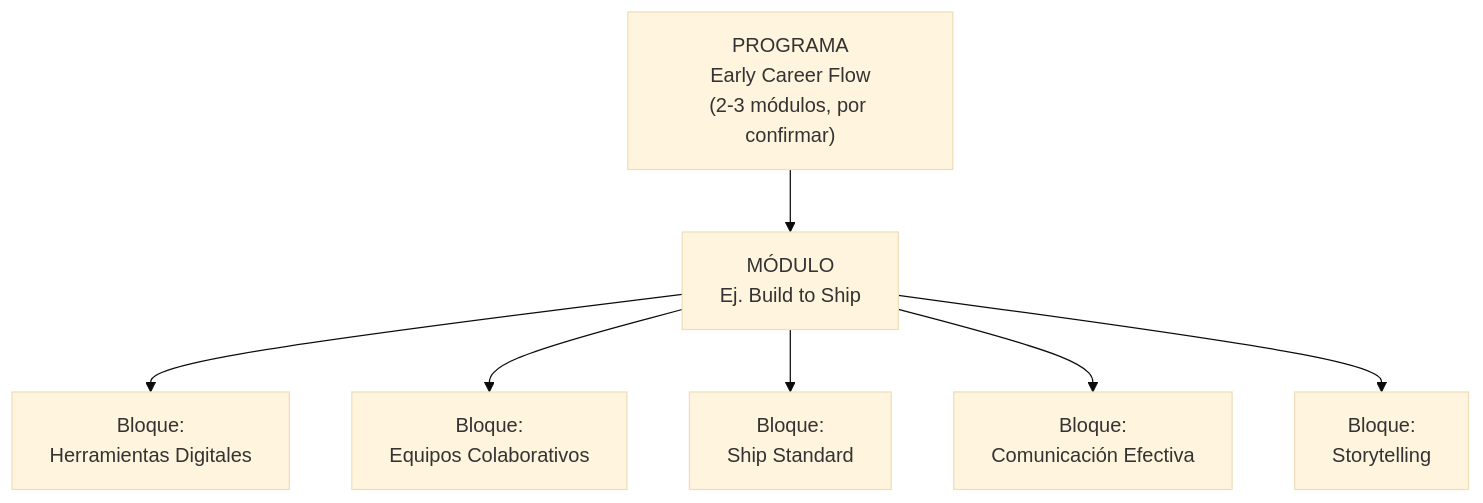
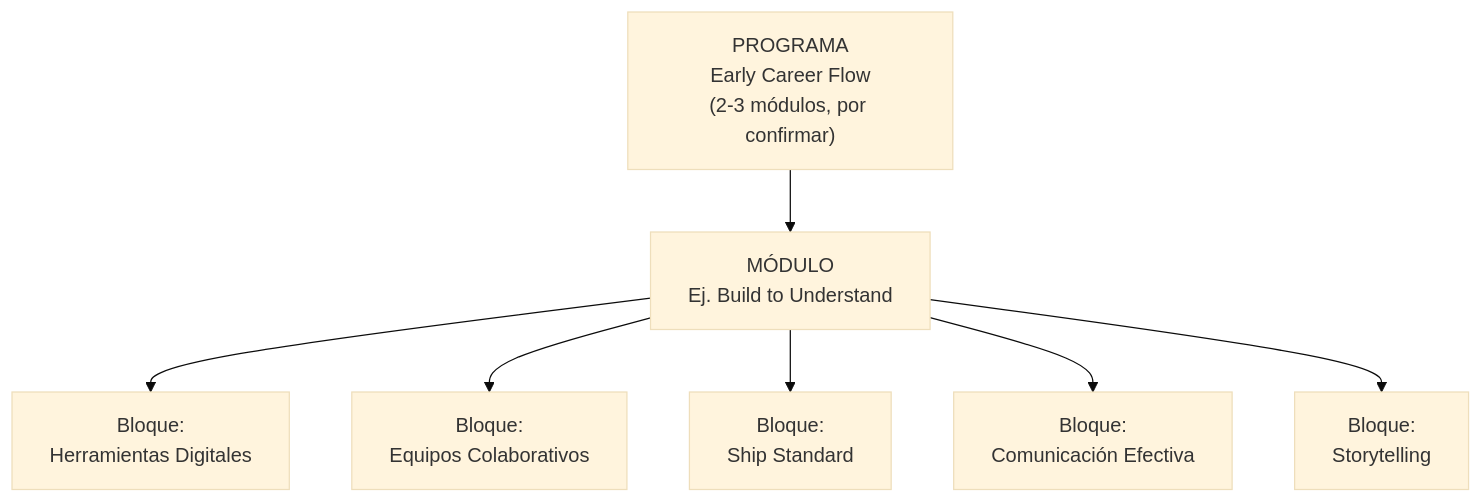
One commit to Proyectos-Vinculacion-FMAT/EarlyCareerFlow changed the second of 2 diagrams in README.md. Above: the diagram before and after it, drawn with Mermaid (base theme). The commit also changed other lines of this file and 1 other file, not shown here.

````diff
--- a/README.md
+++ b/README.md
@@ -53,10 +53,10 @@
 ```mermaid
 flowchart TD
-    P["PROGRAMA\nEarly Career Flow\n(2-3 módulos, por confirmar)"] --> M["MÓDULO\nEj. Build to Ship"]
+    P["PROGRAMA\nEarly Career Flow\n(2-3 módulos, por confirmar)"] --> M["MÓDULO\nEj. Build to Understand"]
     M --> B1["Bloque:\nHerramientas Digitales"]
     M --> B2["Bloque:\nEquipos Colaborativos"]
     M --> B3["Bloque:\nShip Standard"]
     M --> B4["Bloque:\nComunicación Efectiva"]
     M --> B5["Bloque:\nStorytelling"]
    
 ```
````
